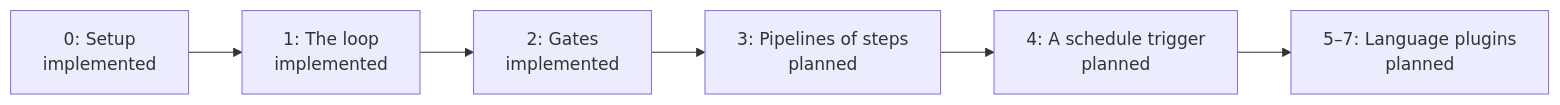
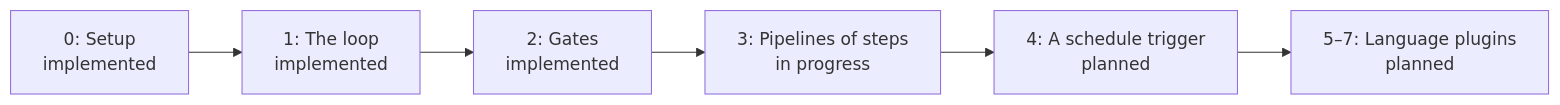
Before and after one commit to StevenJPx2/atelier: the diagram in docs/plans/README.md, drawn with Mermaid. The commit also changed other lines of this file and 1 other file, not shown here.

First line of the commit message:
docs(plan): start slice 3, pipelines made of steps

````diff
--- a/docs/plans/README.md
+++ b/docs/plans/README.md
@@ -6,8 +6,8 @@
 ```mermaid
 flowchart LR
     Setup["0: Setup<br/>implemented"] --> Loop["1: The loop<br/>implemented"]
     Loop --> Gates["2: Gates<br/>implemented"]
-    Gates --> Pipelines["3: Pipelines of steps<br/>planned"]
+    Gates --> Pipelines["3: Pipelines of steps<br/>in progress"]
     Pipelines --> Schedule["4: A schedule trigger<br/>planned"]
     Schedule --> Languages["5–7: Language plugins<br/>planned"]
 ```
````
